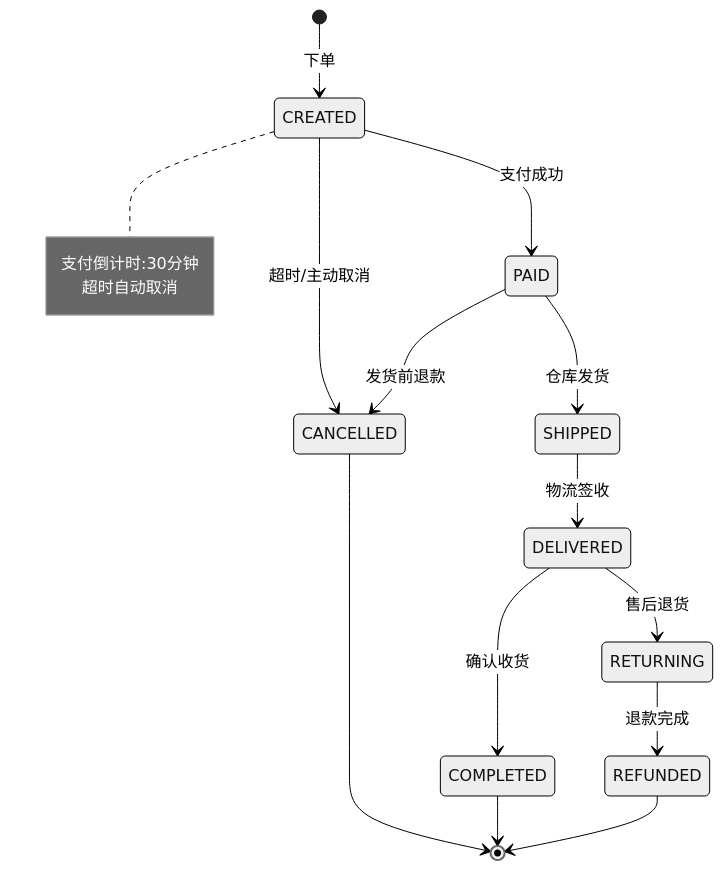
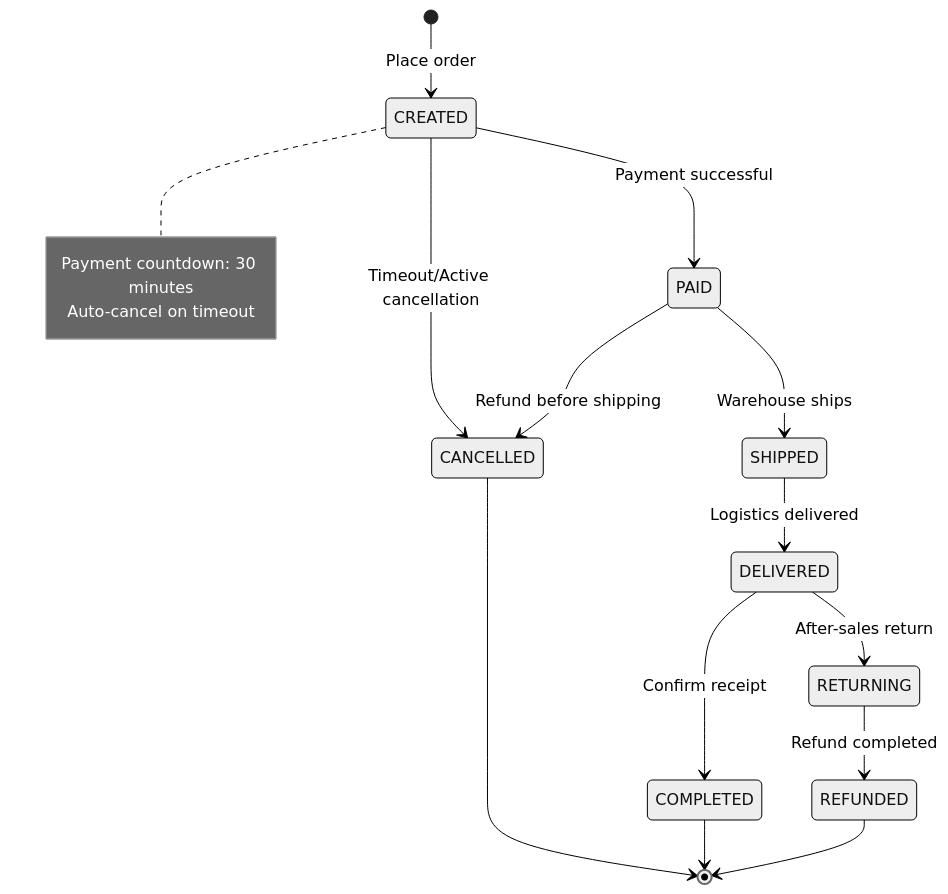
The seventh of 11 diagrams in templates/产品/技术层/【模板】数据库设计文档规范.md (Kirky-X/cangjie), drawn with Mermaid (neutral theme) before and after one commit. The commit also changed other lines of this file and 60 other files, not shown here.

````diff
--- a/templates/产品/技术层/【模板】数据库设计文档规范.md
+++ b/templates/产品/技术层/【模板】数据库设计文档规范.md
@@ -473,20 +473,20 @@
 ```mermaid
 stateDiagram-v2
-    [*] --> CREATED: 下单
-    CREATED --> PAID: 支付成功
-    CREATED --> CANCELLED: 超时/主动取消
-    PAID --> SHIPPED: 仓库发货
-    PAID --> CANCELLED: 发货前退款
-    SHIPPED --> DELIVERED: 物流签收
-    DELIVERED --> COMPLETED: 确认收货
-    DELIVERED --> RETURNING: 售后退货
-    RETURNING --> REFUNDED: 退款完成
+    [*] --> CREATED: Place order
+    CREATED --> PAID: Payment successful
+    CREATED --> CANCELLED: Timeout/Active cancellation
+    PAID --> SHIPPED: Warehouse ships
+    PAID --> CANCELLED: Refund before shipping
+    SHIPPED --> DELIVERED: Logistics delivered
+    DELIVERED --> COMPLETED: Confirm receipt
+    DELIVERED --> RETURNING: After-sales return
+    RETURNING --> REFUNDED: Refund completed
     CANCELLED --> [*]
     COMPLETED --> [*]
     REFUNDED --> [*]
 
     note right of CREATED
-        支付倒计时:30分钟
-        超时自动取消
+        Payment countdown: 30 minutes
+        Auto-cancel on timeout
     end note
 ```
````
